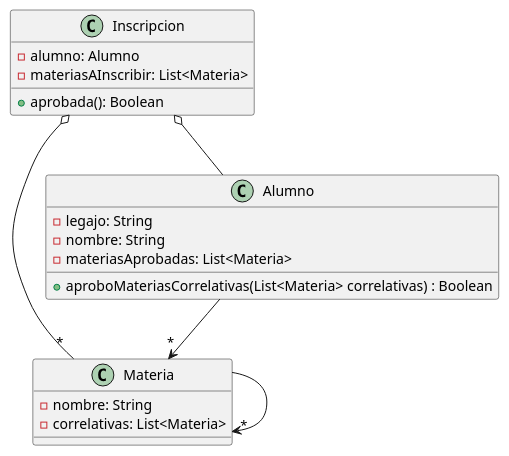
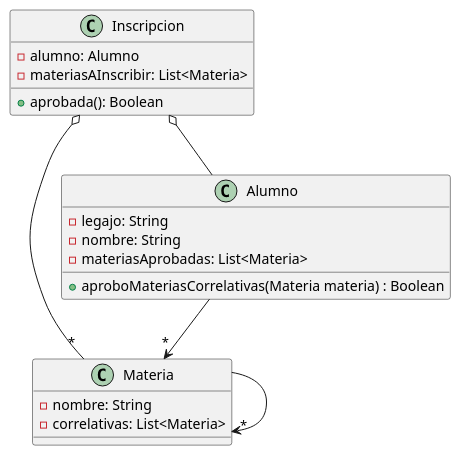
Before and after one commit to gbergera/validadorDeCorrelatividades: the diagram in diagramaDeClases/validadorDeCorrelatividades.puml, drawn with PlantUML. The commit also changed 1 other file, not shown here.

Commit message:
fix method aproboMateriasCorrelativas

```diff
--- a/diagramaDeClases/validadorDeCorrelatividades.puml
+++ b/diagramaDeClases/validadorDeCorrelatividades.puml
@@ -1,32 +1,32 @@
 @startuml
 class Inscripcion {
   -alumno: Alumno
   -materiasAInscribir: List<Materia>
   +aprobada(): Boolean
 }
 
 class Materia{
   -nombre: String
   -correlativas: List<Materia>
 }
 
 class Alumno{
   -legajo: String
   -nombre: String
   -materiasAprobadas: List<Materia>
 
 
-  +aproboMateriasCorrelativas(List<Materia> correlativas) : Boolean
+  +aproboMateriasCorrelativas(Materia materia) : Boolean
 }
 
 
 
 Inscripcion  o-- "*" Materia
 Inscripcion  o--Alumno
 Alumno -->"*"  Materia
 Materia -->"*" Materia
 
 
 
 
 @enduml
```
